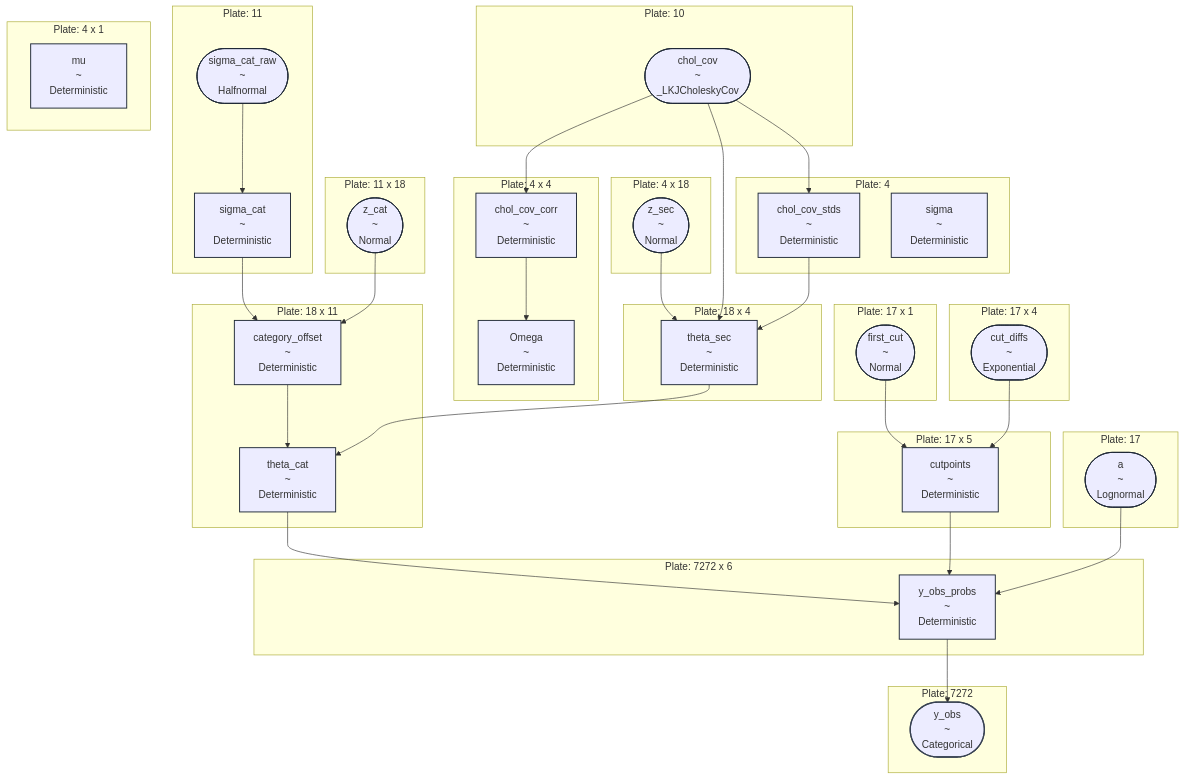
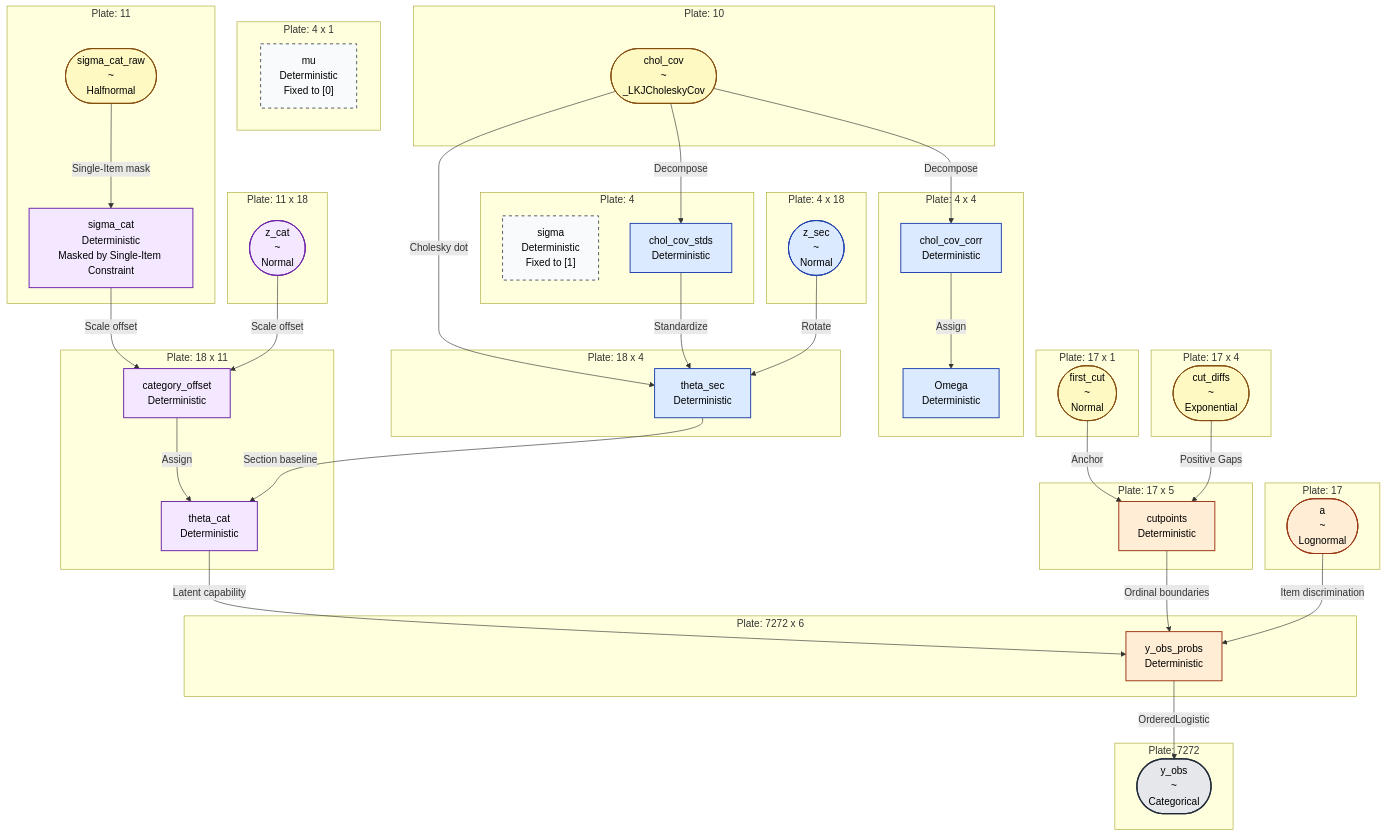
One commit to averykhoo/survey-analysis changed the second of 2 diagrams in README.md. Above: the diagram before and after it, drawn with Mermaid. The commit also changed other lines of this file, not shown here.

Commit message:
update with mermaid

````diff
--- a/README.md
+++ b/README.md
@@ -5,106 +21,117 @@
 ```mermaid
-flowchart TB
-    %% Custom Styling
-    classDef randomVar stroke:#1f2937,stroke-width:1.5px;
-    classDef deterministicVar stroke:#1f2937,stroke-width:1.5px;
-    classDef observedVar stroke:#374151,stroke-width:2px;
+flowchart TD
+    %% Accessible Color Definitions (WCAG AAA Compliant)
+    classDef priorNode fill:#fef9c3,stroke:#854d0e,stroke-width:1.5px,color:#000000;
+    classDef latentSec fill:#dbeafe,stroke:#1e40af,stroke-width:1.5px,color:#000000;
+    classDef latentCat fill:#f3e8ff,stroke:#6b21a8,stroke-width:1.5px,color:#000000;
+    classDef itemIRT fill:#ffedd5,stroke:#9a3412,stroke-width:1.5px,color:#000000;
+    classDef observedNode fill:#e5e7eb,stroke:#1f2937,stroke-width:2px,color:#000000;
+    classDef placeholderNode fill:#f9fafb,stroke:#4b5563,stroke-width:1.5px,color:#000000,stroke-dasharray: 5 5;
 
     %% --------------------------------------------------
-    %% SUBGRAPHS (Plates)
+    %% ROW 1: TOP LEVEL ROOT NODES & PRIORS
     %% --------------------------------------------------
+    subgraph Plate_Placeholders ["Plate: 4 x 1"]
+        mu["mu<br>Deterministic<br>Fixed to [0]"]:::placeholderNode
+    end
 
     subgraph Plate_11 ["Plate: 11"]
-        sigma_cat_raw(["sigma_cat_raw<br>~<br>Halfnormal"]):::randomVar
-        sigma_cat["sigma_cat<br>~<br>Deterministic"]:::deterministicVar
+        sigma_cat_raw(["sigma_cat_raw<br>~<br>Halfnormal"]):::priorNode
+        sigma_cat["sigma_cat<br>Deterministic<br>Masked by Single-Item Constraint"]:::latentCat
     end
 
-    subgraph Plate_11_18 ["Plate: 11 x 18"]
-        z_cat(["z_cat<br>~<br>Normal"]):::randomVar
+    subgraph Plate_10 ["Plate: 10"]
+        chol_cov(["chol_cov<br>~<br>_LKJCholeskyCov"]):::priorNode
     end
 
-    subgraph Plate_18_11 ["Plate: 18 x 11"]
-        category_offset["category_offset<br>~<br>Deterministic"]:::deterministicVar
-        theta_cat["theta_cat<br>~<br>Deterministic"]:::deterministicVar
+    %% --------------------------------------------------
+    %% ROW 2: INTERMEDIATE NOISE & COORDINATES
+    %% --------------------------------------------------
+    subgraph Plate_11_18 ["Plate: 11 x 18"]
+        z_cat(["z_cat<br>~<br>Normal"]):::latentCat
+    end
+
+    subgraph Plate_4_4 ["Plate: 4 x 4"]
+        chol_cov_corr["chol_cov_corr<br>Deterministic"]:::latentSec
+        Omega["Omega<br>Deterministic"]:::latentSec
     end
 
     subgraph Plate_4_18 ["Plate: 4 x 18"]
-        z_sec(["z_sec<br>~<br>Normal"]):::randomVar
-    end
-
-    subgraph Plate_10 ["Plate: 10"]
-        chol_cov(["chol_cov<br>~<br>_LKJCholeskyCov"]):::randomVar
+        z_sec(["z_sec<br>~<br>Normal"]):::latentSec
     end
 
     subgraph Plate_4 ["Plate: 4"]
-        chol_cov_stds["chol_cov_stds<br>~<br>Deterministic"]:::deterministicVar
-        sigma["sigma<br>~<br>Deterministic"]:::deterministicVar
+        sigma["sigma<br>Deterministic<br>Fixed to [1]"]:::placeholderNode
+        chol_cov_stds["chol_cov_stds<br>Deterministic"]:::latentSec
+    end
+
+    subgraph Plate_17_1 ["Plate: 17 x 1"]
+        first_cut(["first_cut<br>~<br>Normal"]):::priorNode
+    end
+
+    subgraph Plate_17_4 ["Plate: 17 x 4"]
+        cut_diffs(["cut_diffs<br>~<br>Exponential"]):::priorNode
+    end
+
+    subgraph Plate_17 ["Plate: 17"]
+        a(["a<br>~<br>Lognormal"]):::itemIRT
+    end
+
+    %% --------------------------------------------------
+    %% ROW 3: CALCULATED LATENT TRAITS & THRESHOLDS
+    %% --------------------------------------------------
+    subgraph Plate_18_11 ["Plate: 18 x 11"]
+        category_offset["category_offset<br>Deterministic"]:::latentCat
+        theta_cat["theta_cat<br>Deterministic"]:::latentCat
     end
 
     subgraph Plate_18_4 ["Plate: 18 x 4"]
-        theta_sec["theta_sec<br>~<br>Deterministic"]:::deterministicVar
-    end
-
-    subgraph Plate_4_4 ["Plate: 4 x 4"]
-        chol_cov_corr["chol_cov_corr<br>~<br>Deterministic"]:::deterministicVar
-        Omega["Omega<br>~<br>Deterministic"]:::deterministicVar
-    end
-
-    subgraph Plate_4_1 ["Plate: 4 x 1"]
-        mu["mu<br>~<br>Deterministic"]:::deterministicVar
-    end
-
-    subgraph Plate_17_1 ["Plate: 17 x 1"]
-        first_cut(["first_cut<br>~<br>Normal"]):::randomVar
-    end
-
-    subgraph Plate_17_4 ["Plate: 17 x 4"]
-        cut_diffs(["cut_diffs<br>~<br>Exponential"]):::randomVar
+        theta_sec["theta_sec<br>Deterministic"]:::latentSec
     end
 
     subgraph Plate_17_5 ["Plate: 17 x 5"]
-        cutpoints["cutpoints<br>~<br>Deterministic"]:::deterministicVar
+        cutpoints["cutpoints<br>Deterministic"]:::itemIRT
     end
 
-    subgraph Plate_17 ["Plate: 17"]
-        a(["a<br>~<br>Lognormal"]):::randomVar
-    end
-
+    %% --------------------------------------------------
+    %% ROW 4: EXPECTED PROBABILITIES & LIKELIHOOD
+    %% --------------------------------------------------
     subgraph Plate_7272_6 ["Plate: 7272 x 6"]
-        y_obs_probs["y_obs_probs<br>~<br>Deterministic"]:::deterministicVar
+        y_obs_probs["y_obs_probs<br>Deterministic"]:::itemIRT
     end
 
     subgraph Plate_7272 ["Plate: 7272"]
-        y_obs(["y_obs<br>~<br>Categorical"]):::observedVar
+        y_obs(["y_obs<br>~<br>Categorical"]):::observedNode
     end
 
     %% --------------------------------------------------
-    %% CONNECTIONS (Edges)
+    %% MATHEMATICAL DEPENDENCY FLOWS
     %% --------------------------------------------------
 
-    %% Level 2: Nested Category Offsets
-    sigma_cat_raw --> sigma_cat
-    sigma_cat --> category_offset
-    z_cat --> category_offset
-    category_offset --> theta_cat
+    %% Level 2 Category Path (Left / Center-Left)
+    sigma_cat_raw -->|Single-Item mask| sigma_cat
+    sigma_cat -->|Scale offset| category_offset
+    z_cat -->|Scale offset| category_offset
+    category_offset -->|Assign| theta_cat
 
-    %% Level 1: Correlated Section Scores
-    z_sec --> theta_sec
-    chol_cov --> chol_cov_stds
-    chol_cov --> chol_cov_corr
-    chol_cov --> theta_sec
-    chol_cov_stds --> theta_sec
-    chol_cov_corr --> Omega
+    %% Level 1 Section Path (Center / Center-Right)
+    chol_cov -->|Decompose| chol_cov_stds
+    chol_cov -->|Decompose| chol_cov_corr
+    chol_cov -->|Cholesky dot| theta_sec
+    chol_cov_corr -->|Assign| Omega
+    chol_cov_stds -->|Standardize| theta_sec
+    z_sec -->|Rotate| theta_sec
 
-    %% Hierarchy Coupling
-    theta_sec --> theta_cat
+    %% Hierarchical Coupling (Right-to-Left Cross, No Intersecting Paths)
+    theta_sec -->|Section baseline| theta_cat
 
-    %% Item Parameters & Cutpoints
-    first_cut --> cutpoints
-    cut_diffs --> cutpoints
+    %% Question IRT Parameters & Thresholds (Right)
+    first_cut -->|Anchor| cutpoints
+    cut_diffs -->|Positive Gaps| cutpoints
 
-    %% Likelihood Integration
-    theta_cat --> y_obs_probs
-    cutpoints --> y_obs_probs
-    a --> y_obs_probs
-    y_obs_probs --> y_obs
+    %% Unified Likelihood Integration (Sweeps Across Lower Level)
+    theta_cat -->|Latent capability| y_obs_probs
+    cutpoints -->|Ordinal boundaries| y_obs_probs
+    a -->|Item discrimination| y_obs_probs
+    y_obs_probs -->|OrderedLogistic| y_obs
 ```
````
